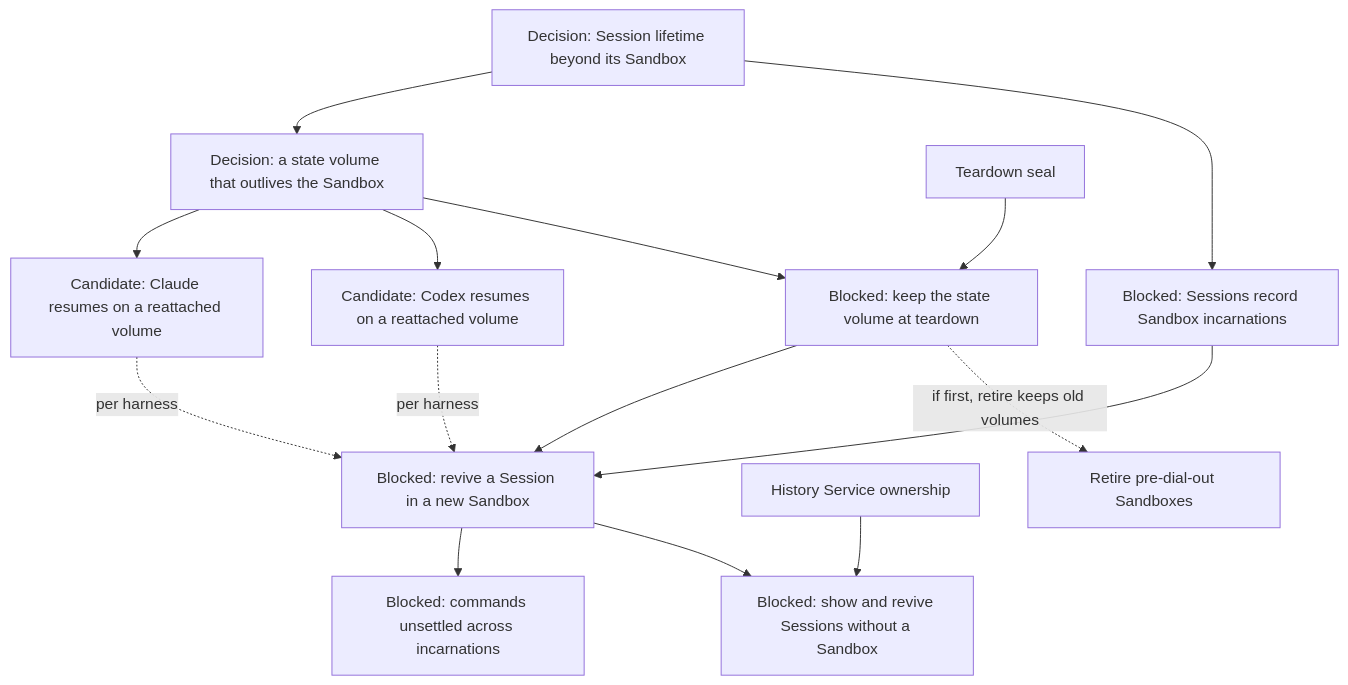
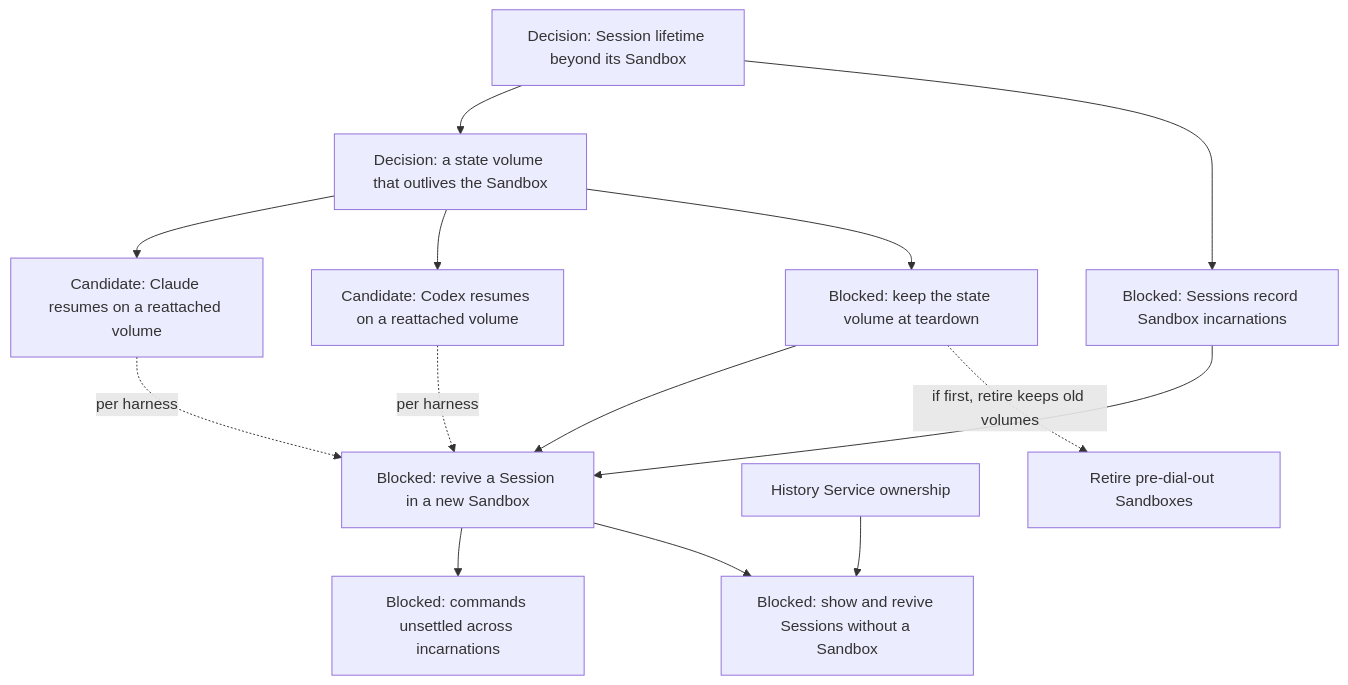
Before and after one commit to agentydragon-agent/ducktape: the ninth of 10 diagrams in agentplane/plans/task_dag.md, drawn with Mermaid. The commit also changed other lines of this file and 28 other files, not shown here.

````diff
--- a/agentplane/plans/task_dag.md
+++ b/agentplane/plans/task_dag.md
@@ -842,29 +830,27 @@
 ```mermaid
 flowchart TD
     DURABLE_SESSION_LIFECYCLE[Decision: Session lifetime beyond its Sandbox]
     SESSION_STATE_VOLUME_DESIGN[Decision: a state volume that outlives the Sandbox]
     CLAUDE_PORTABLE_STATE[Candidate: Claude resumes on a reattached volume]
     CODEX_PORTABLE_STATE[Candidate: Codex resumes on a reattached volume]
     SESSION_INCARNATIONS[Blocked: Sessions record Sandbox incarnations]
     STATE_VOLUME_RETENTION[Blocked: keep the state volume at teardown]
     SESSION_REVIVE[Blocked: revive a Session in a new Sandbox]
     THREAD_SUCCESSOR_DELIVERY[Blocked: commands unsettled across incarnations]
     HOSTED_THREAD_SURFACES[Blocked: show and revive Sessions without a Sandbox]
     HISTORY_SERVICE_OWNERSHIP[History Service ownership]
-    RUNNER_TEARDOWN_SEAL[Teardown seal]
     LEGACY_SANDBOX_RETIRE[Retire pre-dial-out Sandboxes]
     DURABLE_SESSION_LIFECYCLE --> SESSION_STATE_VOLUME_DESIGN
     DURABLE_SESSION_LIFECYCLE --> SESSION_INCARNATIONS
     SESSION_STATE_VOLUME_DESIGN --> CLAUDE_PORTABLE_STATE
     SESSION_STATE_VOLUME_DESIGN --> CODEX_PORTABLE_STATE
     SESSION_STATE_VOLUME_DESIGN --> STATE_VOLUME_RETENTION
-    RUNNER_TEARDOWN_SEAL --> STATE_VOLUME_RETENTION
     SESSION_INCARNATIONS --> SESSION_REVIVE
     STATE_VOLUME_RETENTION --> SESSION_REVIVE
     CLAUDE_PORTABLE_STATE -. per harness .-> SESSION_REVIVE
     CODEX_PORTABLE_STATE -. per harness .-> SESSION_REVIVE
     SESSION_REVIVE --> THREAD_SUCCESSOR_DELIVERY
     SESSION_REVIVE --> HOSTED_THREAD_SURFACES
     HISTORY_SERVICE_OWNERSHIP --> HOSTED_THREAD_SURFACES
     STATE_VOLUME_RETENTION -. if first, retire keeps old volumes .-> LEGACY_SANDBOX_RETIRE
 ```
````
